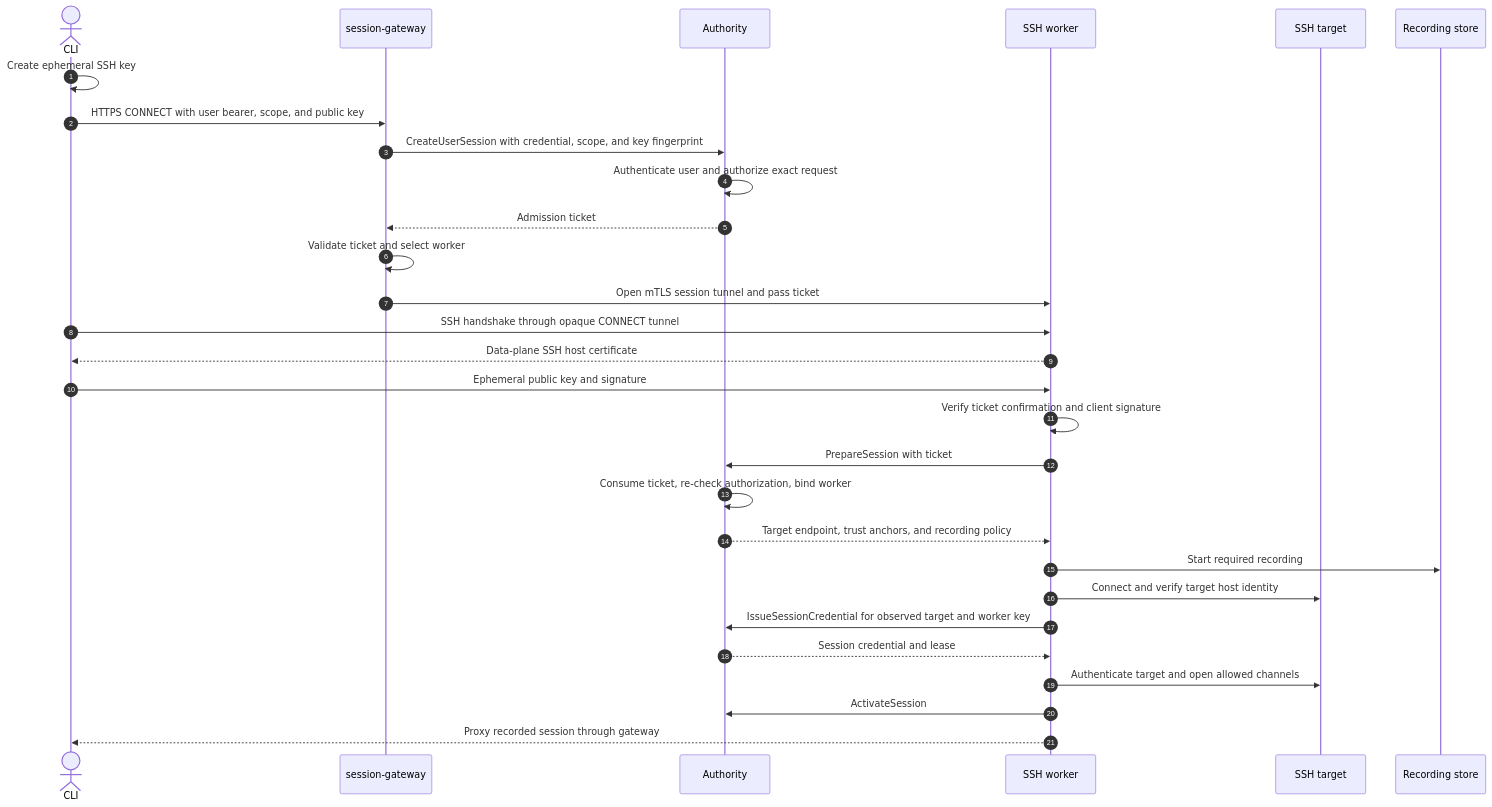
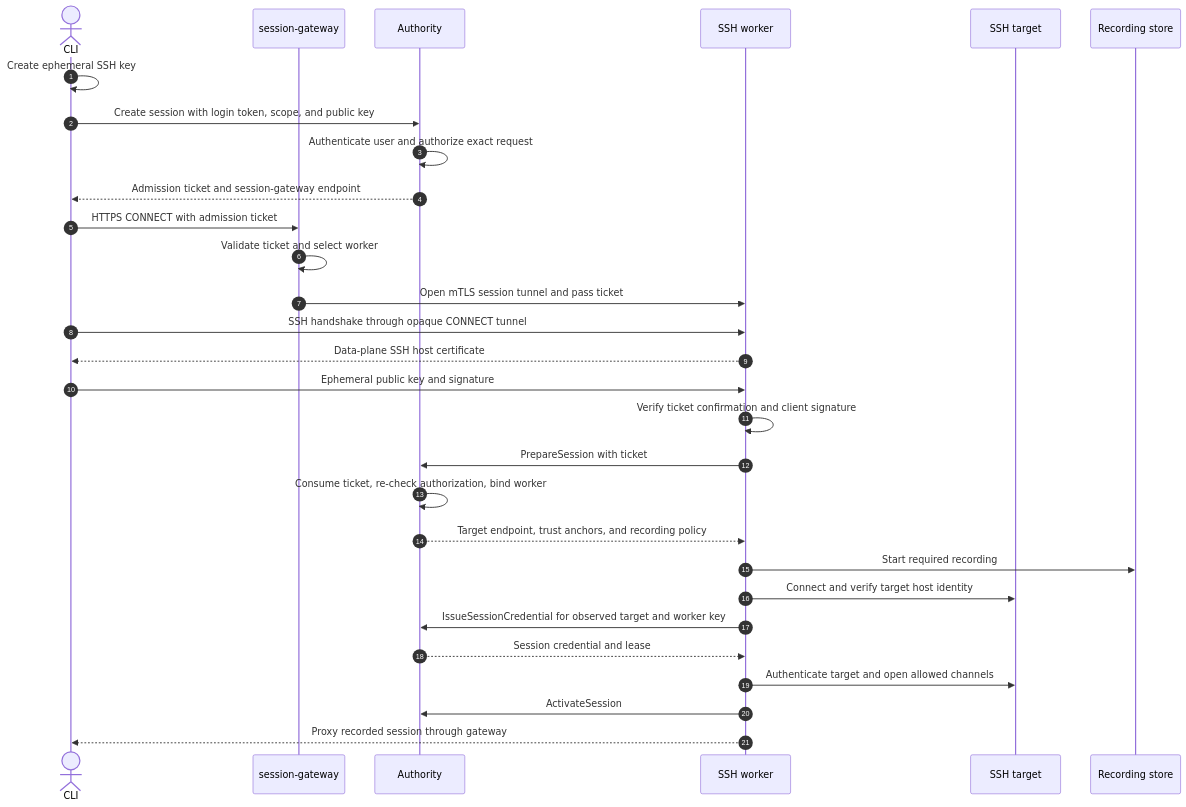
Before and after one commit to tidegate-dev/enhancements: the third of 4 diagrams in teps/0005-gateway-sessions/README.md, drawn with Mermaid. The commit also changed other lines of this file, not shown here.

Commit message:
docs: define CLI login session flow

````diff
--- a/teps/0005-gateway-sessions/README.md
+++ b/teps/0005-gateway-sessions/README.md
@@ -261,32 +276,32 @@
 ```mermaid
 sequenceDiagram
     autonumber
     actor C as CLI
     participant GW as session-gateway
     participant A as Authority
     participant W as SSH worker
     participant T as SSH target
     participant R as Recording store
 
     C->>C: Create ephemeral SSH key
-    C->>GW: HTTPS CONNECT with user bearer, scope, and public key
-    GW->>A: CreateUserSession with credential, scope, and key fingerprint
+    C->>A: Create session with login token, scope, and public key
     A->>A: Authenticate user and authorize exact request
-    A-->>GW: Admission ticket
+    A-->>C: Admission ticket and session-gateway endpoint
+    C->>GW: HTTPS CONNECT with admission ticket
     GW->>GW: Validate ticket and select worker
     GW->>W: Open mTLS session tunnel and pass ticket
     C->>W: SSH handshake through opaque CONNECT tunnel
     W-->>C: Data-plane SSH host certificate
     C->>W: Ephemeral public key and signature
     W->>W: Verify ticket confirmation and client signature
     W->>A: PrepareSession with ticket
     A->>A: Consume ticket, re-check authorization, bind worker
     A-->>W: Target endpoint, trust anchors, and recording policy
     W->>R: Start required recording
     W->>T: Connect and verify target host identity
     W->>A: IssueSessionCredential for observed target and worker key
     A-->>W: Session credential and lease
     W->>T: Authenticate target and open allowed channels
     W->>A: ActivateSession
     W-->>C: Proxy recorded session through gateway
 ```
````
